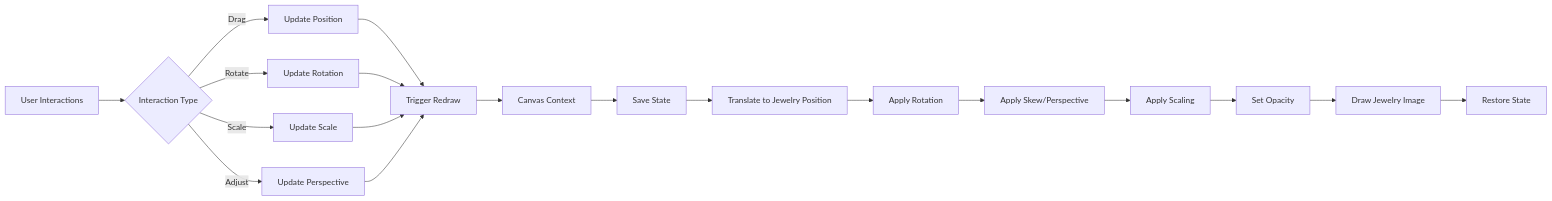
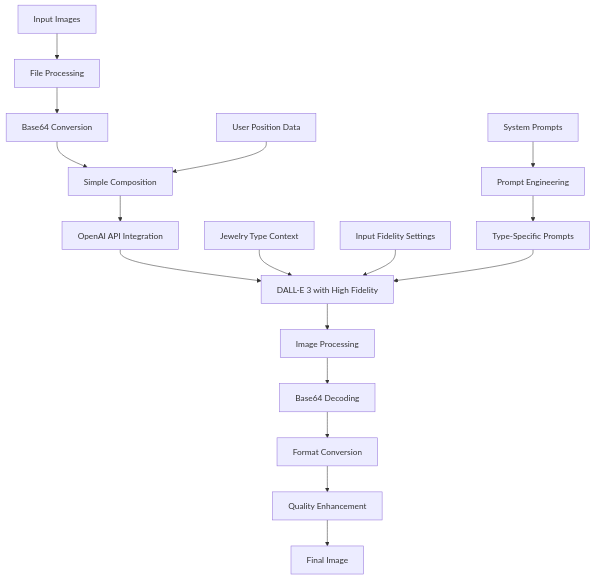
The fifth of 6 diagrams in DESIGN_DOCUMENT.md (ShivaBhattacharjee/astra-assignment), drawn with Mermaid before and after one commit. The commit also changed other lines of this file, not shown here.

Commit message:
feat: Revise design document to reflect high-fidelity AI image generation and updated architecture

````diff
--- a/DESIGN_DOCUMENT.md
+++ b/DESIGN_DOCUMENT.md
@@ -267,24 +280,24 @@
 ```mermaid
-graph LR
-    A[Canvas Context] --> B[Save State]
-    B --> C[Translate to Jewelry Position]
-    C --> D[Apply Rotation]
-    D --> E[Apply Skew/Perspective]
-    E --> F[Apply Scaling]
-    F --> G[Set Opacity]
-    G --> H[Draw Jewelry Image]
-    H --> I[Restore State]
+flowchart TD
+    A[Input Images] --> B[File Processing]
+    B --> C[Base64 Conversion]
+    C --> D[Simple Composition]
     
-    J[User Interactions] --> K{Interaction Type}
-    K -->|Drag| L[Update Position]
-    K -->|Rotate| M[Update Rotation]
-    K -->|Scale| N[Update Scale]
-    K -->|Adjust| O[Update Perspective]
+    D --> E[OpenAI API Integration]
+    E --> F[DALL-E 3 with High Fidelity]
+    F --> G[Image Processing]
     
-    L --> P[Trigger Redraw]
-    M --> P
-    N --> P
-    O --> P
+    G --> H[Base64 Decoding]
+    H --> I[Format Conversion]
+    I --> J[Quality Enhancement]
     
-    P --> A
+    J --> K[Final Image]
+    
+    L[User Position Data] --> D
+    M[Jewelry Type Context] --> F
+    N[Input Fidelity Settings] --> F
+    
+    O[System Prompts] --> P[Prompt Engineering]
+    P --> Q[Type-Specific Prompts]
+    Q --> F
 ```
````
